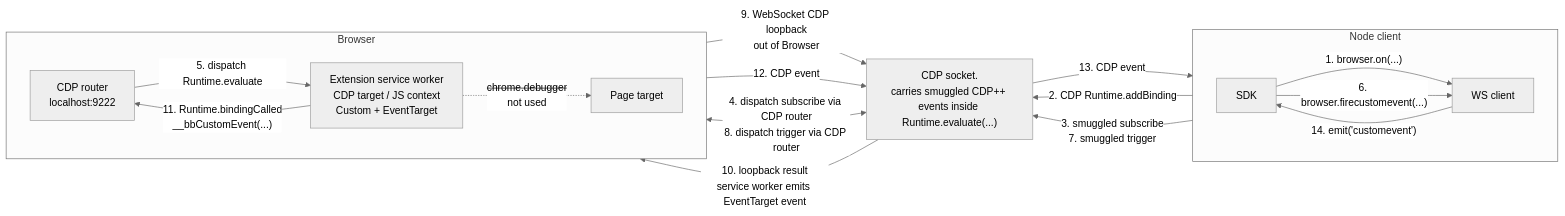
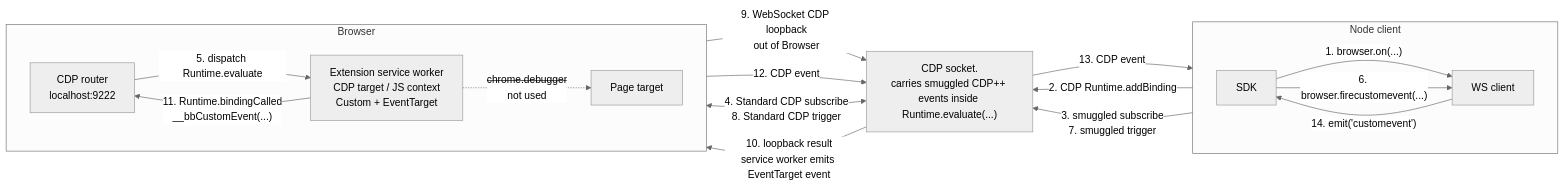
Before and after one commit to pirate/chrome-cdp-extension-bridge: the fourth of 4 diagrams in README.md, drawn with Mermaid (neutral theme). The commit also changed other lines of this file, not shown here.

Commit message:
Normalize CDP diagram transport labels

````diff
--- a/README.md
+++ b/README.md
@@ -138,31 +138,31 @@
 ```mermaid
 flowchart LR
   subgraph Node["Node client"]
     direction LR
     SDK["SDK"]
     WS["WS client"]
     SDK -->|"1. browser.on(...)"| WS
     SDK -->|"6. browser.firecustomevent(...)"| WS
   end
 
   subgraph Browser["Browser"]
     direction LR
     CDP["CDP router<br/>localhost:9222"]
     SW["Extension service worker<br/>CDP target / JS context<br/>Custom + EventTarget"]
     Page["Page target"]
     CDP -->|"5. dispatch Runtime.evaluate"| SW
     SW -. "<s>chrome.debugger</s><br/>not used" .-> Page
   end
 
   Socket["CDP socket.<br/>carries smuggled CDP++ events inside Runtime.evaluate(...)"]
 
   WS -->|"2. CDP Runtime.addBinding"| Socket
   WS -->|"3. smuggled subscribe<br/>7. smuggled trigger"| Socket
-  Socket <-->|"4. dispatch subscribe via CDP router<br/>8. dispatch trigger via CDP router"| CDP
+  Socket <-->|"4. Standard CDP subscribe<br/>8. Standard CDP trigger"| CDP
   SW -->|"9. WebSocket CDP loopback<br/>out of Browser"| Socket
   Socket -->|"10. loopback result<br/>service worker emits EventTarget event"| SW
   SW -->|"11. Runtime.bindingCalled<br/>__bbCustomEvent(...)"| CDP
   CDP -->|"12. CDP event"| Socket
   Socket -->|"13. CDP event"| WS
   WS -->|"14. emit('customevent')"| SDK
 ```
````
